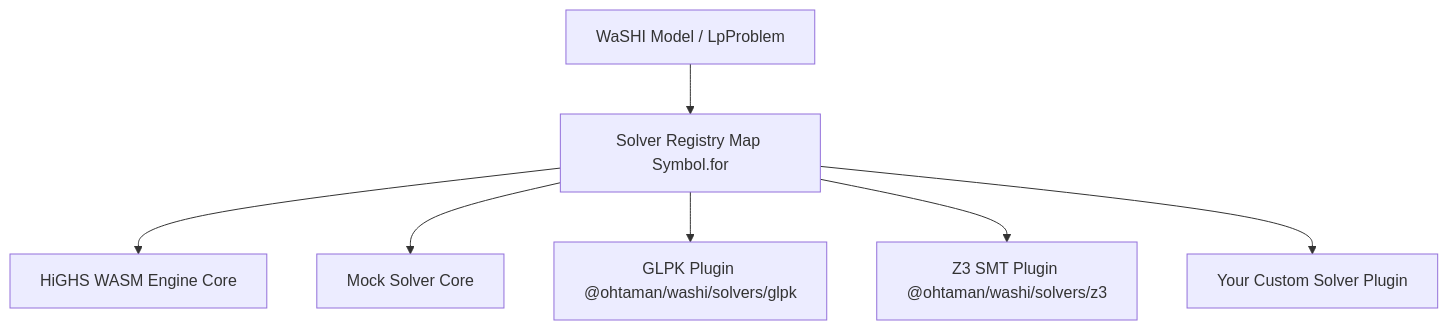
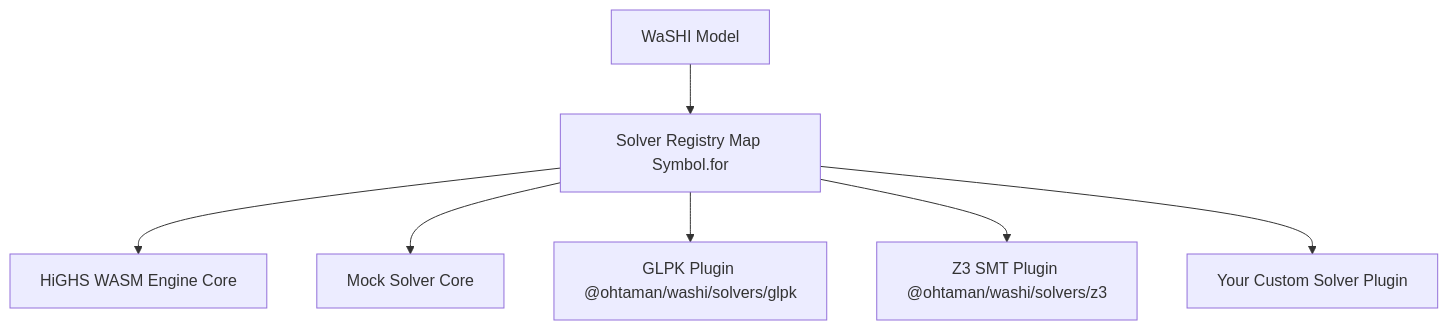
The diagram in docs/solvers/custom-solver.md (ohtaman/washi), drawn with Mermaid before and after one commit. The commit also changed other lines of this file and 5 other files, not shown here.

````diff
--- a/docs/solvers/custom-solver.md
+++ b/docs/solvers/custom-solver.md
@@ -11,9 +11,9 @@
 ```mermaid
 graph TD
-    A[WaSHI Model / LpProblem] --> B[Solver Registry Map Symbol.for]
+    A[WaSHI Model] --> B[Solver Registry Map Symbol.for]
     B --> C[HiGHS WASM Engine Core]
     B --> D[Mock Solver Core]
     B --> E[GLPK Plugin @ohtaman/washi/solvers/glpk]
     B --> F[Z3 SMT Plugin @ohtaman/washi/solvers/z3]
     B --> G[Your Custom Solver Plugin]
 ```
````
